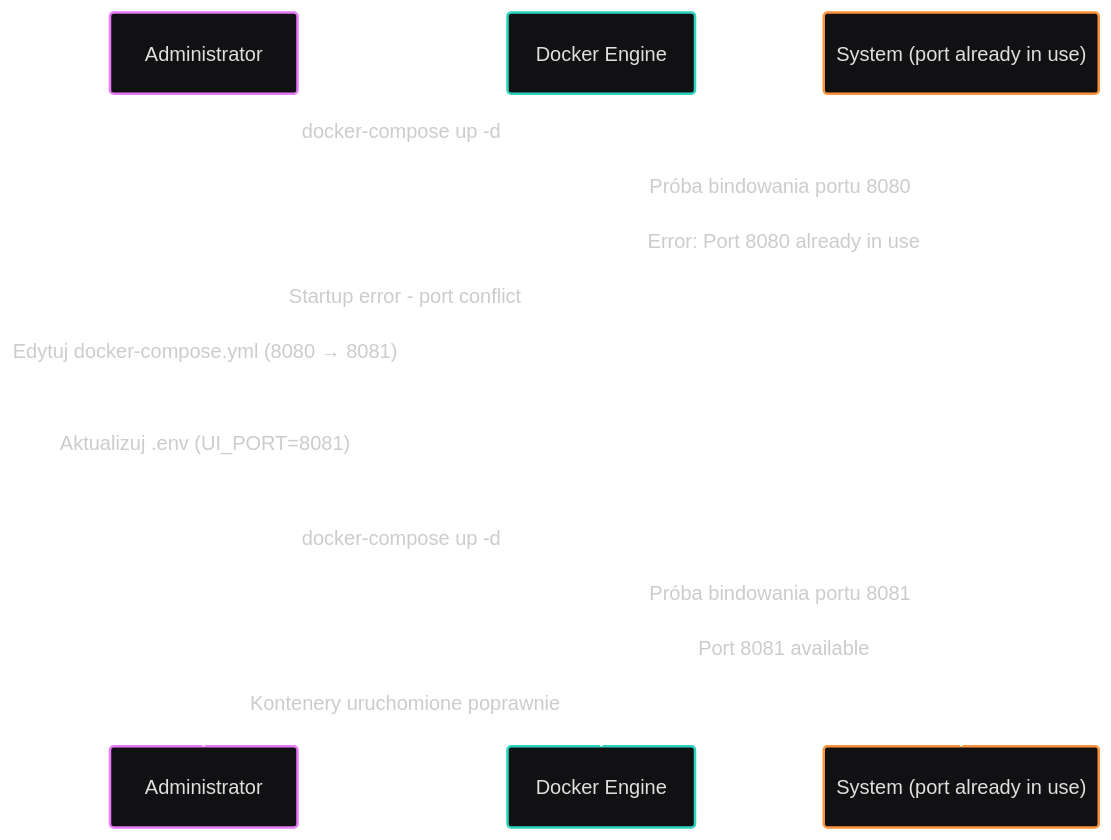
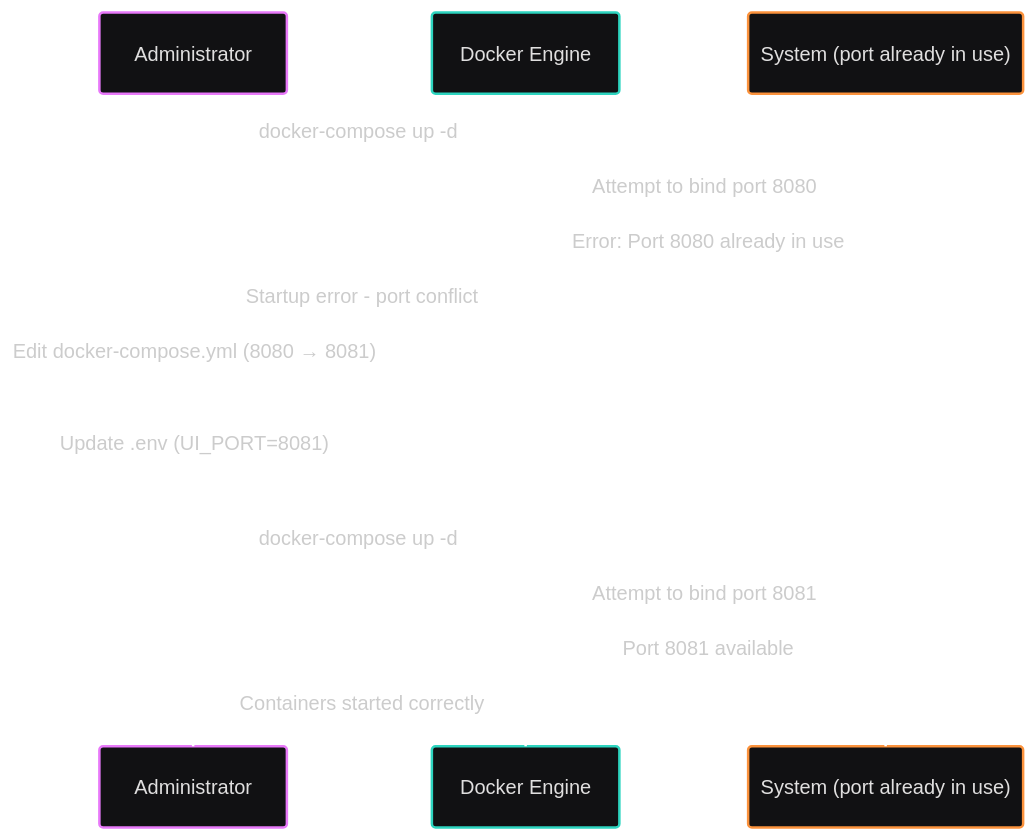
Before and after one commit to jedrzejpolaczek/aviarium.corvidae.corvus_corone: diagram 24 of 33 in docs/requirements/use-cases.md, drawn with Mermaid. The commit also changed other lines of this file and 12 other files, not shown here.

````diff
--- a/docs/requirements/use-cases.md
+++ b/docs/requirements/use-cases.md
@@ -1025,20 +1025,20 @@
 ```mermaid
 ---
 config:
   theme: redux-dark-color
 ---
 sequenceDiagram
     participant A3 as Administrator
     participant Docker as Docker Engine
     participant System as System (port already in use)
     A3->>Docker: docker-compose up -d
-    Docker->>System: Próba bindowania portu 8080
+    Docker->>System: Attempt to bind port 8080
     System-->>Docker: Error: Port 8080 already in use
     Docker-->>A3: Startup error - port conflict
-    A3->>A3: Edytuj docker-compose.yml (8080 → 8081)
-    A3->>A3: Aktualizuj .env (UI_PORT=8081)
+    A3->>A3: Edit docker-compose.yml (8080 → 8081)
+    A3->>A3: Update .env (UI_PORT=8081)
     A3->>Docker: docker-compose up -d
-    Docker->>System: Próba bindowania portu 8081
+    Docker->>System: Attempt to bind port 8081
     System-->>Docker: Port 8081 available
-    Docker-->>A3: Kontenery uruchomione poprawnie
+    Docker-->>A3: Containers started correctly
 ```
````
